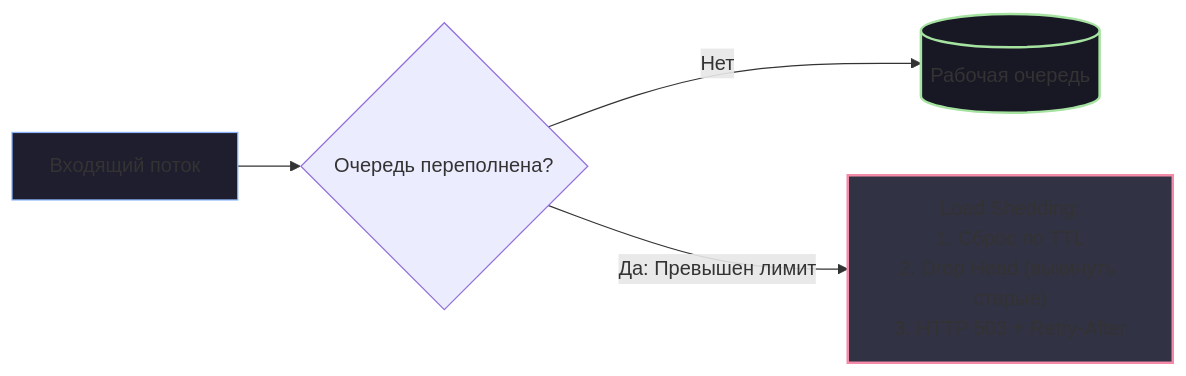
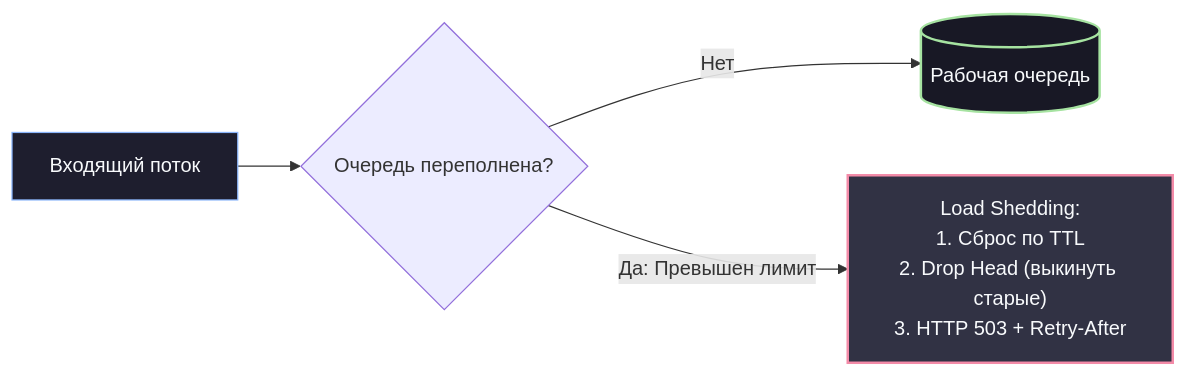
The second of 2 diagrams in sources/13. Очереди, брокеры сообщений и оркестраторы/01. Фундамент асинхронности/6. Backpressure и контроль нагрузки.md (UnrealTemplier/go-textbook), drawn with Mermaid before and after one commit. The commit also changed other lines of this file and 310 other files, not shown here.

First line of the commit message:
fix(mermaid): replace light fill colors with dark palette for readability on dark theme

````diff
--- a/sources/13. Очереди, брокеры сообщений и оркестраторы/01. Фундамент асинхронности/6. Backpressure и контроль нагрузки.md
+++ b/sources/13. Очереди, брокеры сообщений и оркестраторы/01. Фундамент асинхронности/6. Backpressure и контроль нагрузки.md
@@ -251,10 +251,10 @@
 ```mermaid
 flowchart LR
     In["Входящий поток"] --> Check{"Очередь переполнена?"}
     Check -->|Нет| Q[("Рабочая очередь")]
     Check -->|Да: Превышен лимит| Drop["Load Shedding:<br>1. Сброс по TTL<br>2. Drop Head (выкинуть старые)<br>3. HTTP 503 + Retry-After"]
 
-    style In fill:#1e1e2e,stroke:#89b4fa,stroke-width:1px
-    style Q fill:#181825,stroke:#a6e3a1,stroke-width:2px
-    style Drop fill:#313244,stroke:#f38ba8,stroke-width:2px
+    style In fill:#1e1e2e,stroke:#89b4fa,stroke-width:1px,color:#f8fafc
+    style Q fill:#181825,stroke:#a6e3a1,stroke-width:2px,color:#f8fafc
+    style Drop fill:#313244,stroke:#f38ba8,stroke-width:2px,color:#f8fafc
 ```
````
